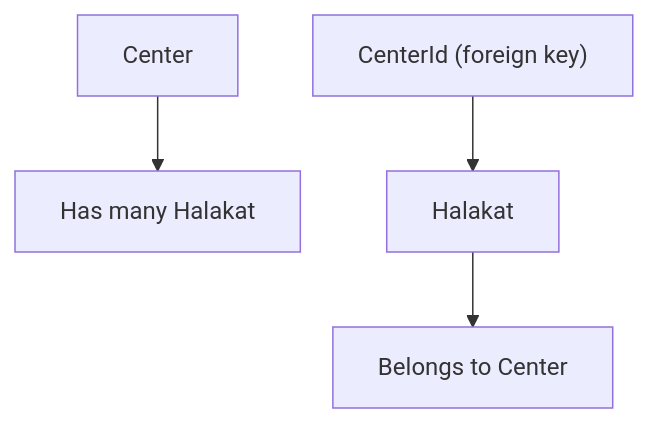
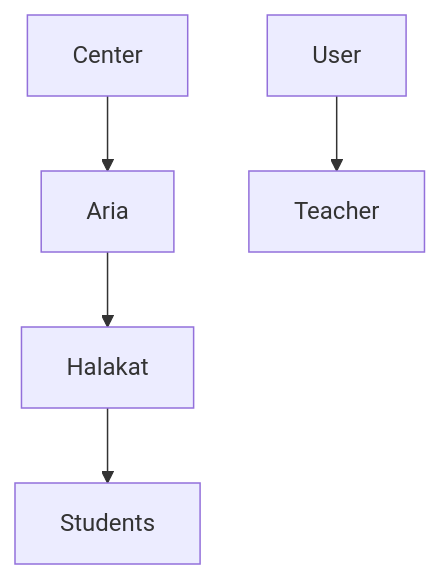
Before and after one commit to Mreng78/khirocom_project: the fifth of 6 diagrams in .qoder/repowiki/en/content/Database Design/Center Model.md, drawn with Mermaid. The commit also changed other lines of this file and 13 other files, not shown here.

````diff
--- a/.qoder/repowiki/en/content/Database Design/Center Model.md
+++ b/.qoder/repowiki/en/content/Database Design/Center Model.md
@@ -211,6 +305,7 @@
 ```mermaid
 flowchart TD
-A["Center"] --> B["Has many Halakat"]
-C["Halakat"] --> D["Belongs to Center"]
-E["CenterId (foreign key)"] --> C
+A["Center"] --> B["Aria"]
+B --> C["Halakat"]
+D["User"] --> E["Teacher"]
+C --> F["Students"]
 ```
````
